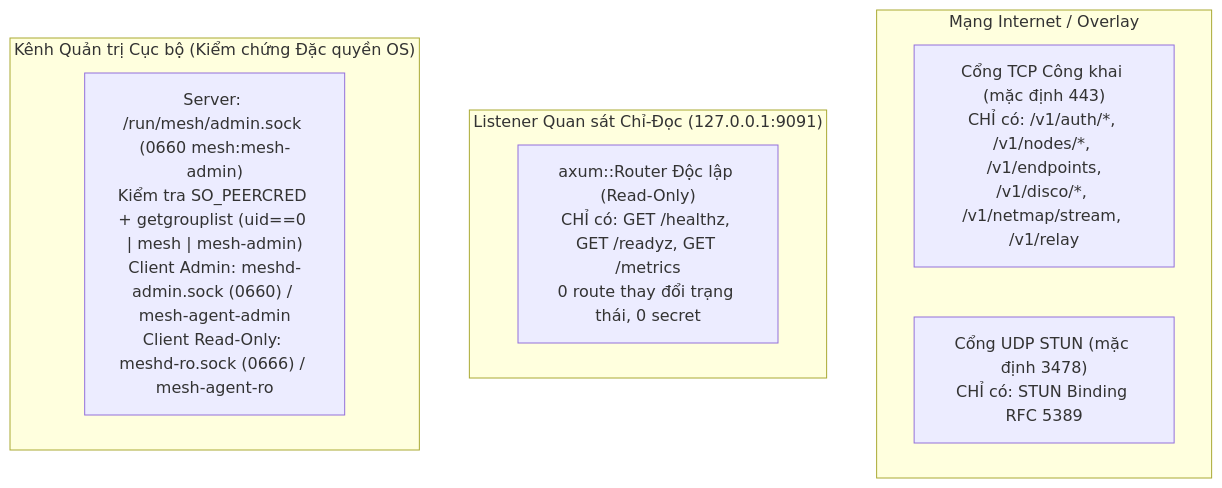
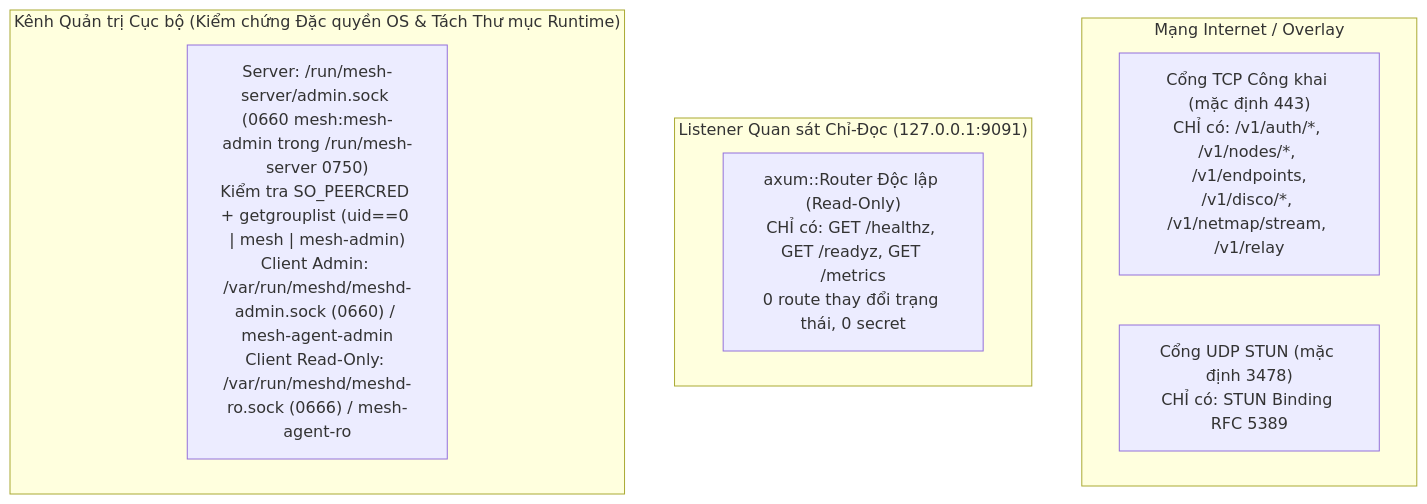
One commit to nguyenvando420-spec/mesh-vpn changed diagram 11 of 11 in docs/03-system-design/system-architecture.md. Above: the diagram before and after it, drawn with Mermaid. The commit also changed other lines of this file and 9 other files, not shown here.

````diff
--- a/docs/03-system-design/system-architecture.md
+++ b/docs/03-system-design/system-architecture.md
@@ -802,15 +813,15 @@
 ```mermaid
 flowchart TB
     subgraph PublicNet["Mạng Internet / Overlay"]
         PublicPort["Cổng TCP Công khai (mặc định 443)<br/>CHỈ có: /v1/auth/*, /v1/nodes/*, /v1/endpoints,<br/>/v1/disco/*, /v1/netmap/stream, /v1/relay"]
         StunPort["Cổng UDP STUN (mặc định 3478)<br/>CHỈ có: STUN Binding RFC 5389"]
     end
 
     subgraph LoopbackObs["Listener Quan sát Chỉ-Đọc (127.0.0.1:9091)"]
         ObsRouter["axum::Router Độc lập (Read-Only)<br/>CHỈ có: GET /healthz, GET /readyz, GET /metrics<br/>0 route thay đổi trạng thái, 0 secret"]
     end
 
-    subgraph PrivilegedLocal["Kênh Quản trị Cục bộ (Kiểm chứng Đặc quyền OS)"]
-        AdminUds["Server: /run/mesh/admin.sock (0660 mesh:mesh-admin)<br/>Kiểm tra SO_PEERCRED + getgrouplist (uid==0 | mesh | mesh-admin)<br/>Client Admin: meshd-admin.sock (0660) / mesh-agent-admin<br/>Client Read-Only: meshd-ro.sock (0666) / mesh-agent-ro"]
+    subgraph PrivilegedLocal["Kênh Quản trị Cục bộ (Kiểm chứng Đặc quyền OS & Tách Thư mục Runtime)"]
+        AdminUds["Server: /run/mesh-server/admin.sock (0660 mesh:mesh-admin trong /run/mesh-server 0750)<br/>Kiểm tra SO_PEERCRED + getgrouplist (uid==0 | mesh | mesh-admin)<br/>Client Admin: /var/run/meshd/meshd-admin.sock (0660) / mesh-agent-admin<br/>Client Read-Only: /var/run/meshd/meshd-ro.sock (0666) / mesh-agent-ro"]
     end
 ```
````
